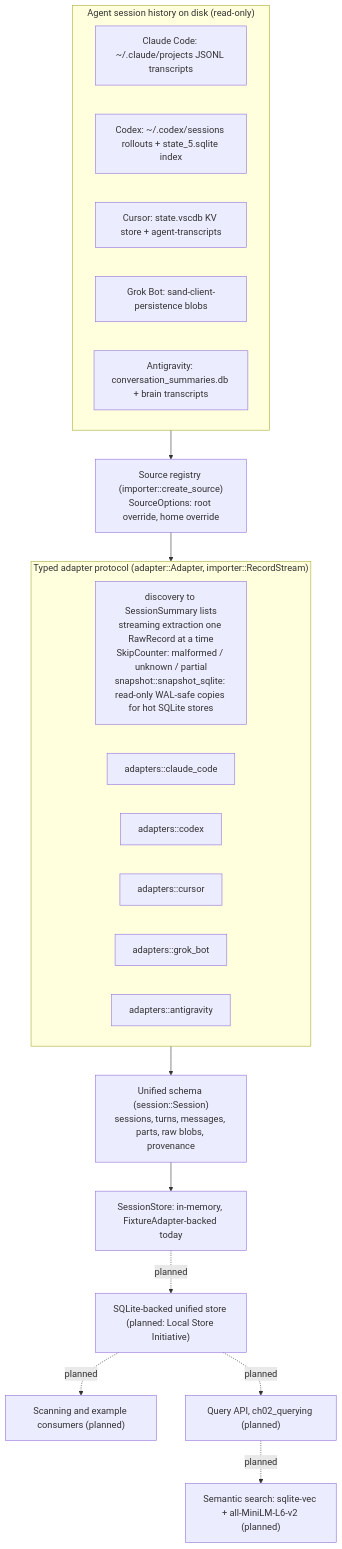
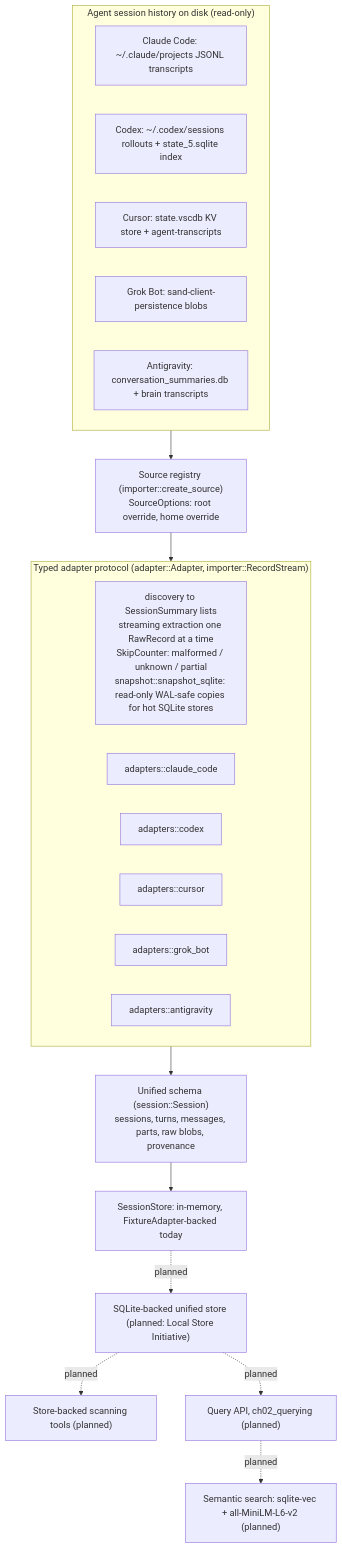
Before and after one commit to AnthusAI/BotSpy: the first of 3 diagrams in README.md, drawn with Mermaid. The commit also changed other lines of this file and 4 other files, not shown here.

````diff
--- a/README.md
+++ b/README.md
@@ -9,36 +9,36 @@
 ```mermaid
 flowchart TB
     subgraph disk["Agent session history on disk (read-only)"]
         CC["Claude Code: ~/.claude/projects JSONL transcripts"]
         CX["Codex: ~/.codex/sessions rollouts + state_5.sqlite index"]
         CU["Cursor: state.vscdb KV store + agent-transcripts"]
         GB["Grok Bot: sand-client-persistence blobs"]
         AG["Antigravity: conversation_summaries.db + brain transcripts"]
     end
 
     REG["Source registry (importer::create_source)<br/>SourceOptions: root override, home override"]
 
     subgraph layer["Typed adapter protocol (adapter::Adapter, importer::RecordStream)"]
         PROTO["discovery to SessionSummary lists<br/>streaming extraction one RawRecord at a time<br/>SkipCounter: malformed / unknown / partial<br/>snapshot::snapshot_sqlite: read-only WAL-safe copies for hot SQLite stores"]
         A1["adapters::claude_code"]
         A2["adapters::codex"]
         A3["adapters::cursor"]
         A4["adapters::grok_bot"]
         A5["adapters::antigravity"]
     end
 
     SCHEMA["Unified schema (session::Session)<br/>sessions, turns, messages, parts, raw blobs, provenance"]
     STORE["SessionStore: in-memory, FixtureAdapter-backed today"]
     QSTORE["SQLite-backed unified store (planned: Local Store Initiative)"]
-    SCAN["Scanning and example consumers (planned)"]
+    SCAN["Store-backed scanning tools (planned)"]
     QUERY["Query API, ch02_querying (planned)"]
     SEM["Semantic search: sqlite-vec + all-MiniLM-L6-v2 (planned)"]
 
     disk --> REG
     REG --> layer
     layer --> SCHEMA --> STORE
     STORE -.->|"planned"| QSTORE
     QSTORE -.->|"planned"| SCAN
     QSTORE -.->|"planned"| QUERY
     QUERY -.->|"planned"| SEM
 ```
````
